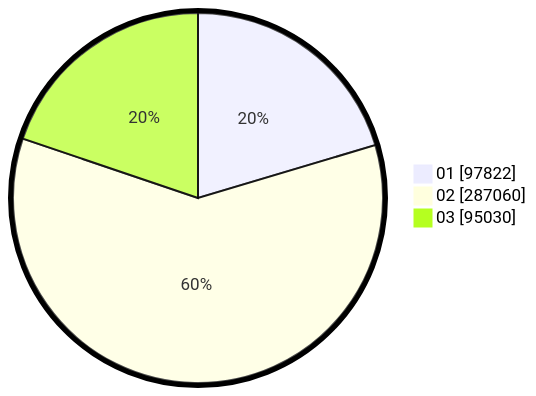
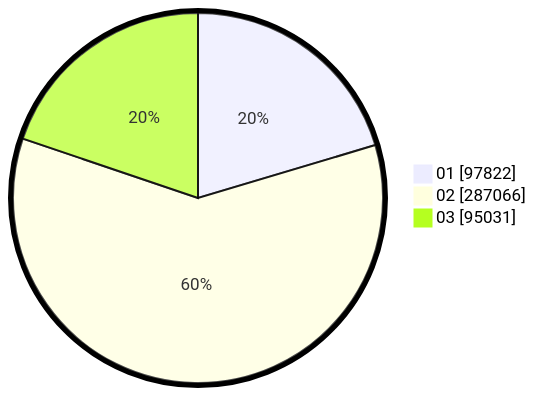
Before and after one commit to gigit-pemilu/pemilu-2024: the second of 2 diagrams in pilpres/hitung-suara/sub/table-wilayah-99.md, drawn with Mermaid. The commit also changed other lines of this file and 7 other files, not shown here.

````diff
--- a/pilpres/hitung-suara/sub/table-wilayah-99.md
+++ b/pilpres/hitung-suara/sub/table-wilayah-99.md
@@ -15,7 +15,7 @@
 ```mermaid
 %%{init: {"pie": {"textPosition": 0.5}, "themeVariables": {"pieOuterStrokeWidth": "5px"}} }%%
 pie showData
     "01" : 97822
-    "02" : 287060
-    "03" : 95030
+    "02" : 287066
+    "03" : 95031
 ```
````
